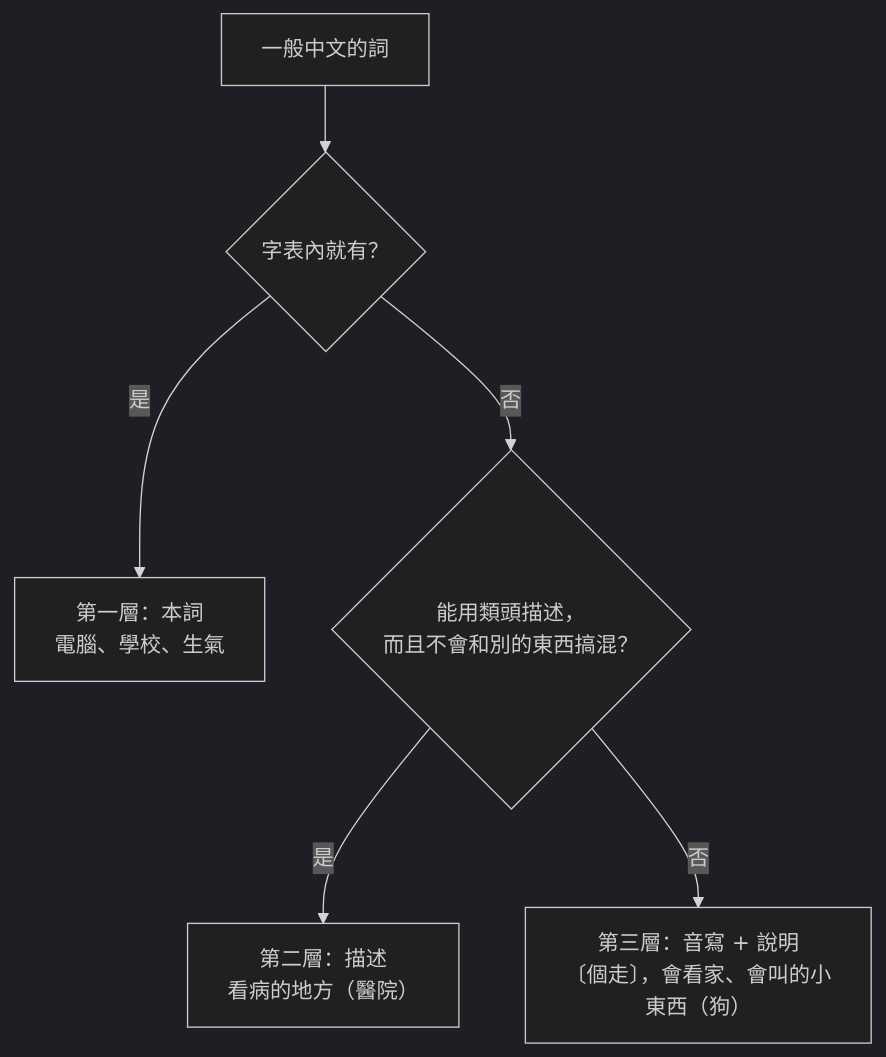
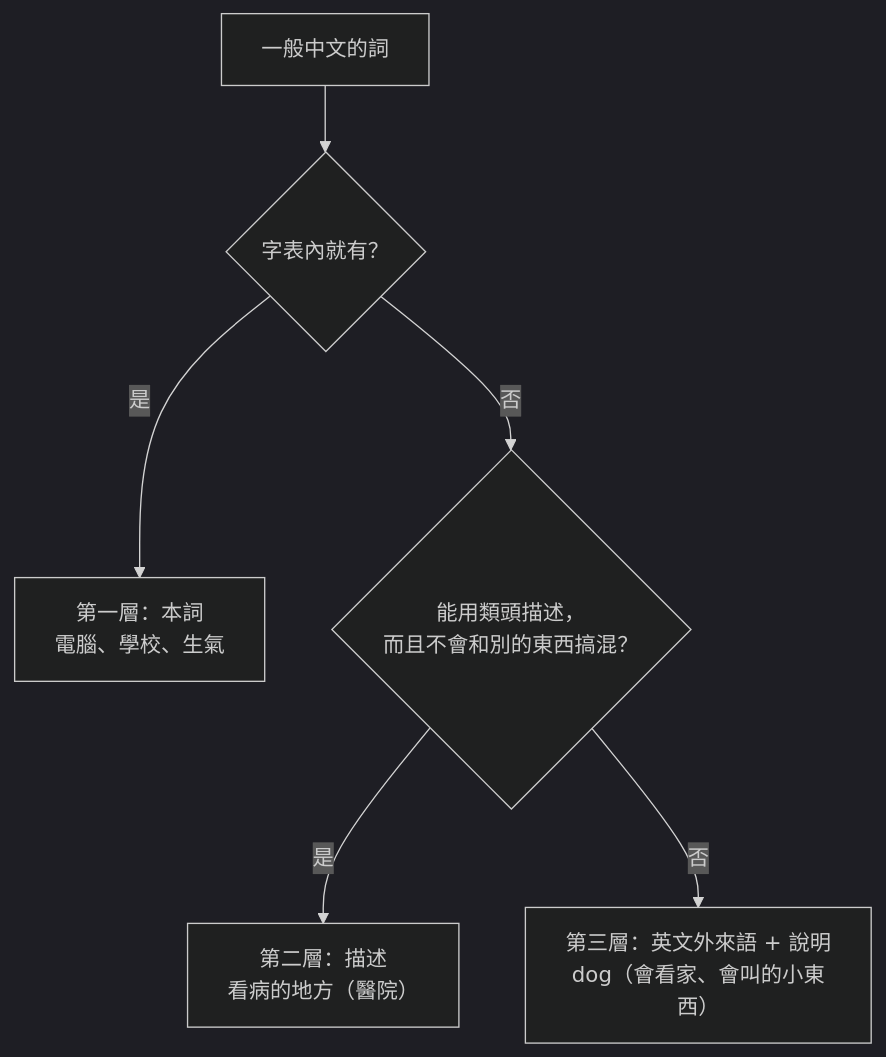
The first of 2 diagrams in mini-lang/universal.md (ccc-claude-opus/mini-lm), drawn with Mermaid (dark theme) before and after one commit. The commit also changed other lines of this file and 11 other files, not shown here.

````diff
--- a/mini-lang/universal.md
+++ b/mini-lang/universal.md
@@ -42,8 +44,8 @@
 ```mermaid
 flowchart TB
   W[一般中文的詞] --> Q1{字表內就有？}
   Q1 -- 是 --> L1["第一層：本詞<br/>電腦、學校、生氣"]
   Q1 -- 否 --> Q2{能用類頭描述，<br/>而且不會和別的東西搞混？}
   Q2 -- 是 --> L2["第二層：描述<br/>看病的地方（醫院）"]
-  Q2 -- 否 --> L3["第三層：音寫 + 說明<br/>〔個走〕，會看家、會叫的小東西（狗）"]
+  Q2 -- 否 --> L3["第三層：英文外來語 + 說明<br/>dog（會看家、會叫的小東西）"]
 ```
````
